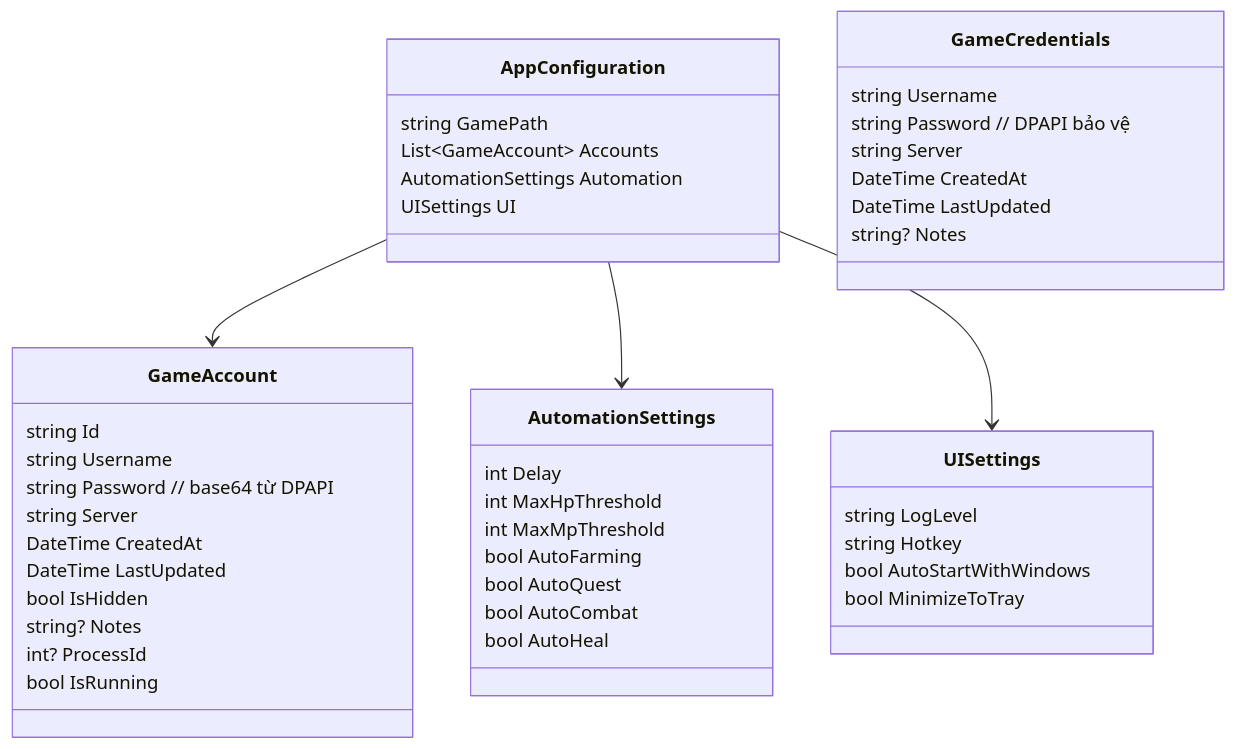
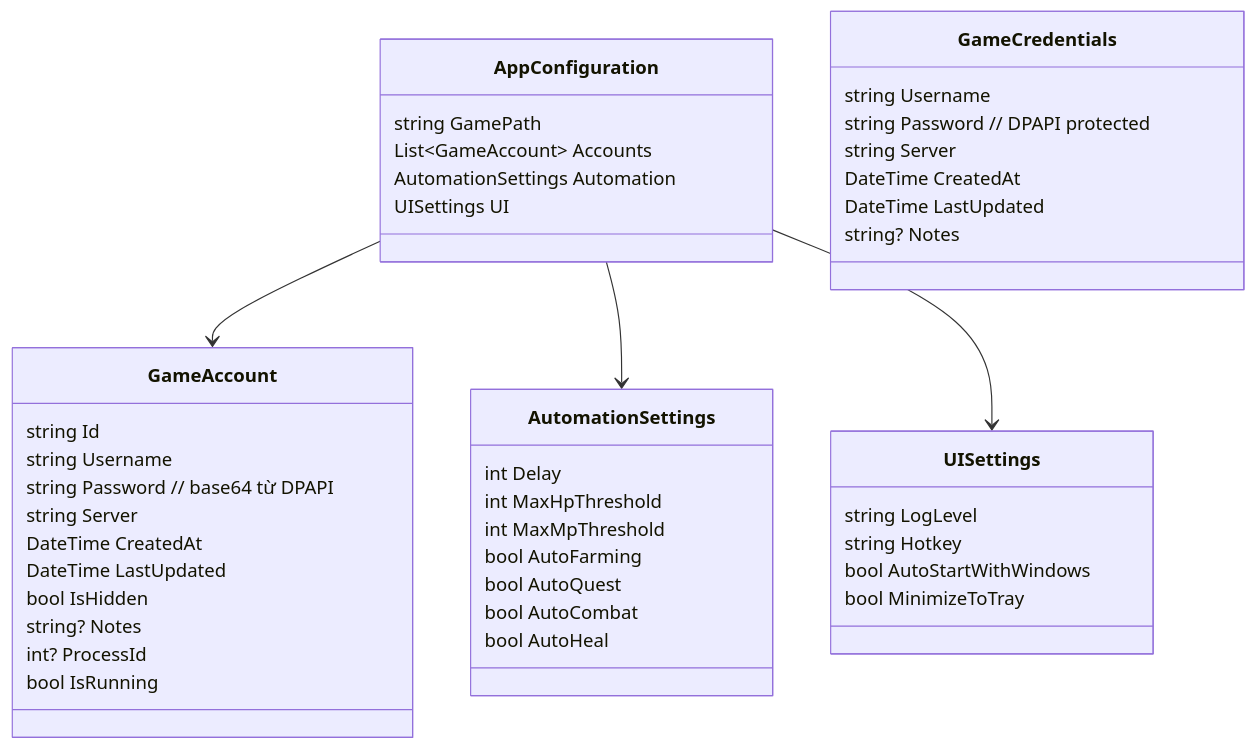
The fifth of 5 diagrams in AutoJx2/docs/Architecture.md (voidwalker2312/AutoJx2), drawn with Mermaid before and after one commit. The commit also changed other lines of this file, not shown here.

````diff
--- a/AutoJx2/docs/Architecture.md
+++ b/AutoJx2/docs/Architecture.md
@@ -113,47 +116,47 @@
 ```mermaid
 classDiagram
   class AppConfiguration {
     string GamePath
     List~GameAccount~ Accounts
     AutomationSettings Automation
     UISettings UI
   }
   class GameAccount {
     string Id
     string Username
     string Password  // base64 từ DPAPI
     string Server
     DateTime CreatedAt
     DateTime LastUpdated
     bool IsHidden
     string? Notes
     int? ProcessId
     bool IsRunning
   }
   class GameCredentials {
     string Username
-    string Password  // DPAPI bảo vệ
+    string Password  // DPAPI protected
     string Server
     DateTime CreatedAt
     DateTime LastUpdated
     string? Notes
   }
   class AutomationSettings {
     int Delay
     int MaxHpThreshold
     int MaxMpThreshold
     bool AutoFarming
     bool AutoQuest
     bool AutoCombat
     bool AutoHeal
   }
   class UISettings {
     string LogLevel
     string Hotkey
     bool AutoStartWithWindows
     bool MinimizeToTray
   }
   AppConfiguration --> GameAccount
   AppConfiguration --> AutomationSettings
   AppConfiguration --> UISettings
 ```
````
